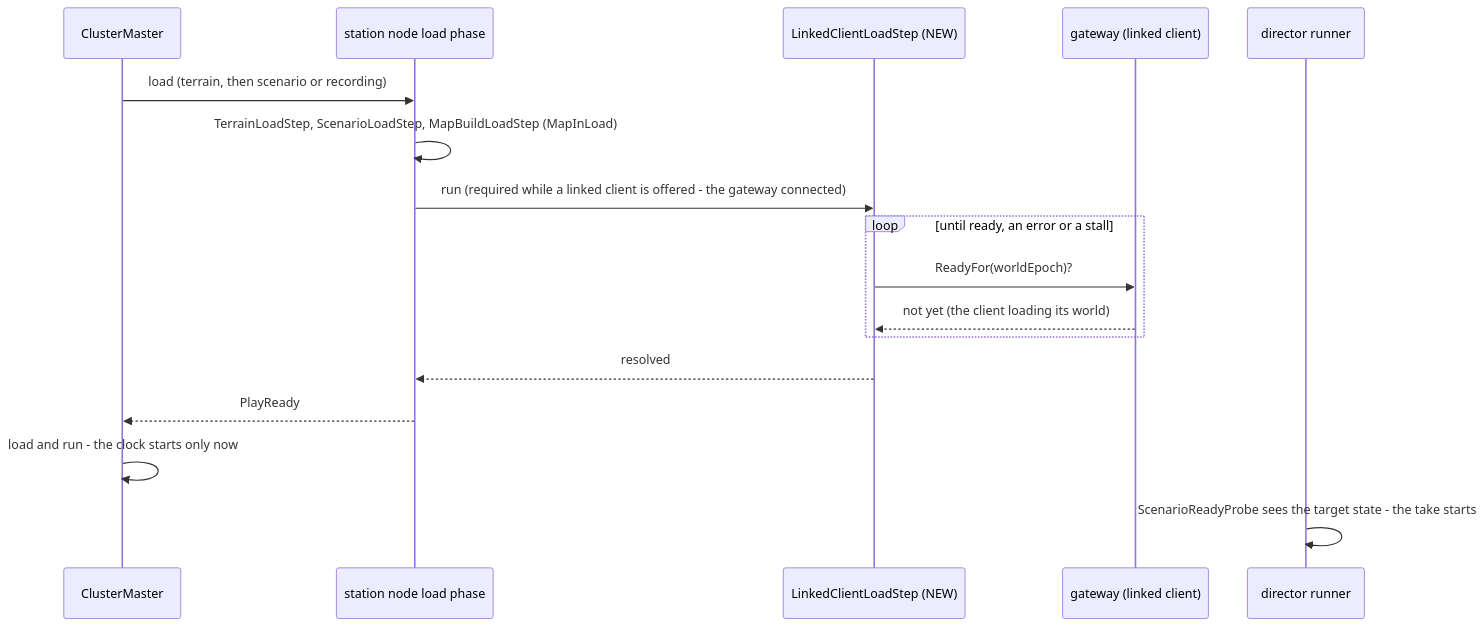
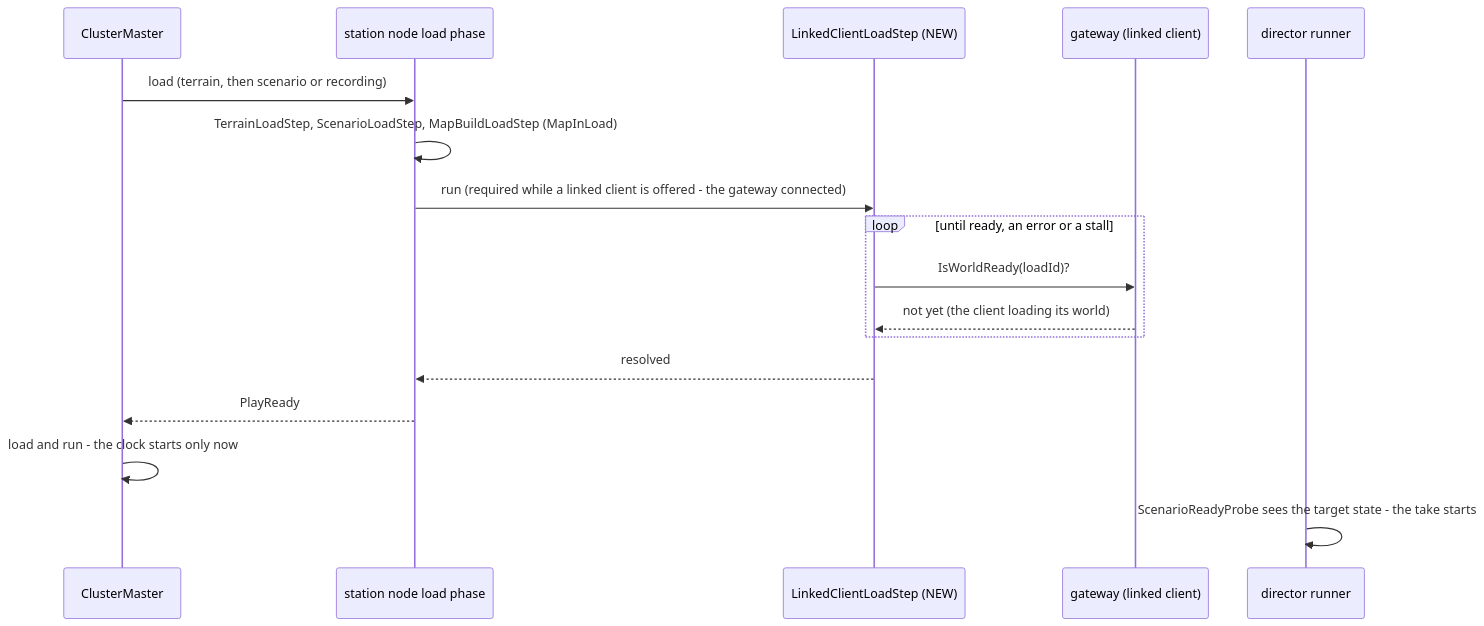
One commit to pjanec/HROT changed the fifth of 5 diagrams in docs/designs/IG/DESIGN_Linked_Client_Director.md. Above: the diagram before and after it, drawn with Mermaid. The commit also changed other lines of this file and 1 other file, not shown here.

First line of the commit message:
CE-11026: the linked client in every load - BeginWorld/IsWorldReady (no stale-world race), the registry on HrotNodeContext, the step composed for every ECS host beside the map's

````diff
--- a/docs/designs/IG/DESIGN_Linked_Client_Director.md
+++ b/docs/designs/IG/DESIGN_Linked_Client_Director.md
@@ -192,19 +203,19 @@
 ```mermaid
 sequenceDiagram
   participant M as ClusterMaster
   participant N as station node load phase
   participant X as LinkedClientLoadStep (NEW)
   participant G as gateway (linked client)
   participant D as director runner
   M->>N: load (terrain, then scenario or recording)
   N->>N: TerrainLoadStep, ScenarioLoadStep, MapBuildLoadStep (MapInLoad)
   N->>X: run (required while a linked client is offered - the gateway connected)
   loop until ready, an error or a stall
-    X->>G: ReadyFor(worldEpoch)?
+    X->>G: IsWorldReady(loadId)?
     G-->>X: not yet (the client loading its world)
   end
   X-->>N: resolved
   N-->>M: PlayReady
   M->>M: load and run - the clock starts only now
   D->>D: ScenarioReadyProbe sees the target state - the take starts
 ```
````
